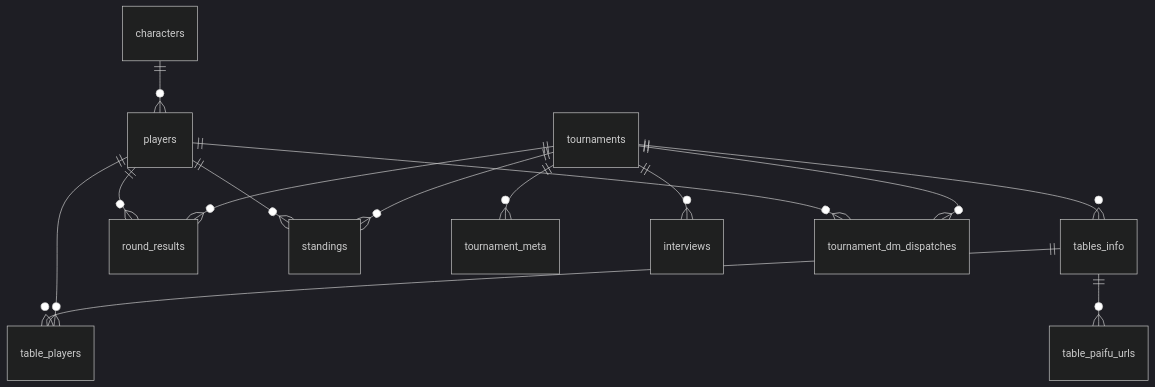
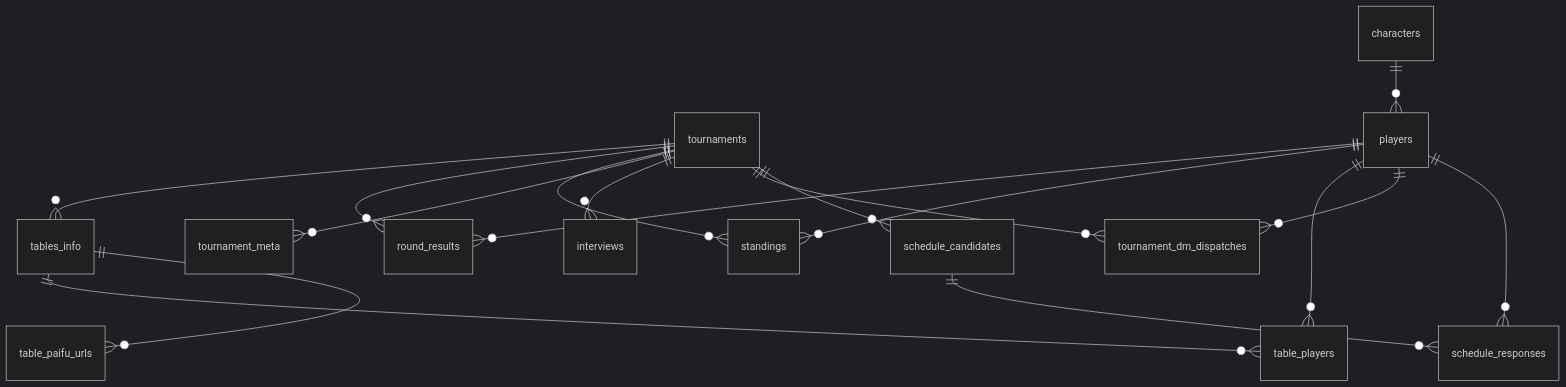
One commit to aokyun1031/jantama_records_dev changed the diagram in docs/database.md. Above: the diagram before and after it, drawn with Mermaid (dark theme). The commit also changed other lines of this file and 44 other files, not shown here.

````diff
--- a/docs/database.md
+++ b/docs/database.md
@@ -25,16 +25,19 @@
 ```mermaid
 erDiagram
     tournaments ||--o{ tables_info               : ""
     tournaments ||--o{ round_results             : ""
     tournaments ||--o{ standings                 : ""
     tournaments ||--o{ tournament_meta           : ""
     tournaments ||--o{ interviews                : ""
     tournaments ||--o{ tournament_dm_dispatches  : ""
+    tournaments ||--o{ schedule_candidates       : ""
     players     ||--o{ round_results             : ""
     players     ||--o{ standings                 : ""
     players     ||--o{ table_players             : ""
     players     ||--o{ tournament_dm_dispatches  : ""
+    players     ||--o{ schedule_responses        : ""
     tables_info ||--o{ table_players             : ""
     tables_info ||--o{ table_paifu_urls          : ""
+    schedule_candidates ||--o{ schedule_responses : ""
     characters  ||--o{ players                   : ""
 ```
````
